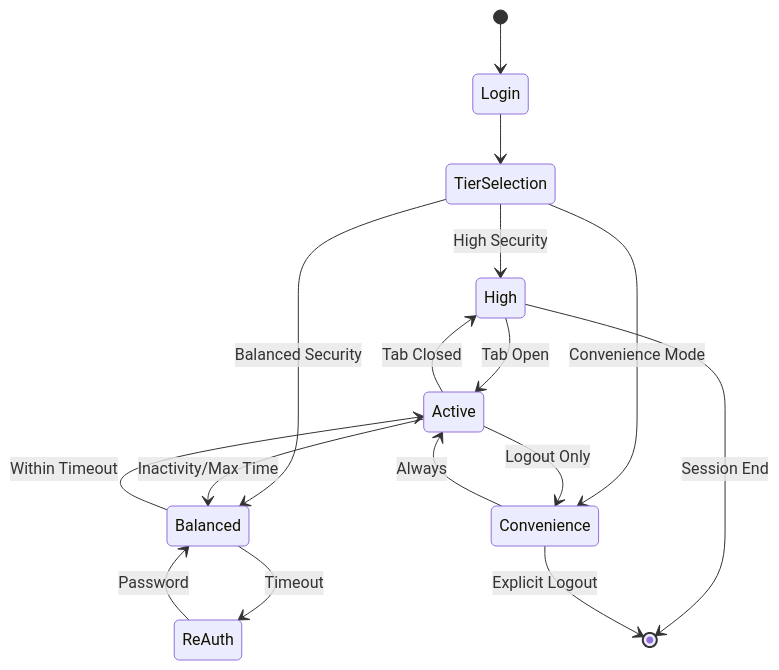
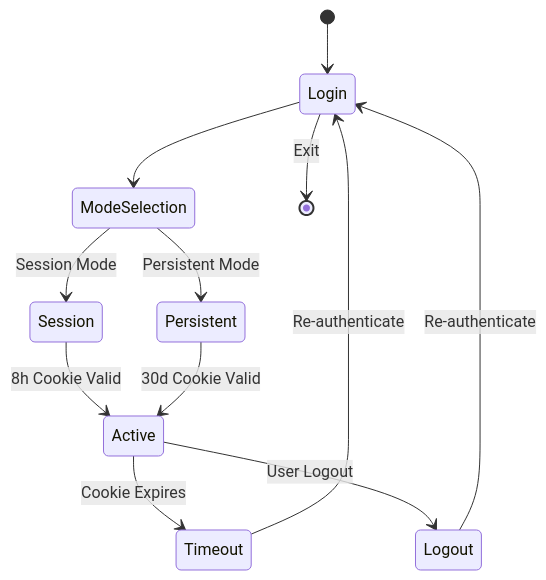
The third of 3 diagrams in ARCHITECTURE.md (DomiDre/kigaprio), drawn with Mermaid before and after one commit. The commit also changed other lines of this file and 30 other files, not shown here.

````diff
--- a/ARCHITECTURE.md
+++ b/ARCHITECTURE.md
@@ -183,22 +226,19 @@
 ```mermaid
 stateDiagram-v2
     [*] --> Login
-    Login --> TierSelection
+    Login --> ModeSelection
     
-    TierSelection --> High: High Security
-    TierSelection --> Balanced: Balanced Security
-    TierSelection --> Convenience: Convenience Mode
+    ModeSelection --> Session: Session Mode
+    ModeSelection --> Persistent: Persistent Mode
     
-    High --> Active: Tab Open
-    Balanced --> Active: Within Timeout
-    Convenience --> Active: Always
+    Session --> Active: 8h Cookie Valid
+    Persistent --> Active: 30d Cookie Valid
     
-    Active --> High: Tab Closed
-    Active --> Balanced: Inactivity/Max Time
-    Active --> Convenience: Logout Only
+    Active --> Timeout: Cookie Expires
+    Active --> Logout: User Logout
     
-    High --> [*]: Session End
-    Balanced --> ReAuth: Timeout
-    ReAuth --> Balanced: Password
-    Convenience --> [*]: Explicit Logout
+    Timeout --> Login: Re-authenticate
+    Logout --> Login: Re-authenticate
+    
+    Login --> [*]: Exit
 ```
````
